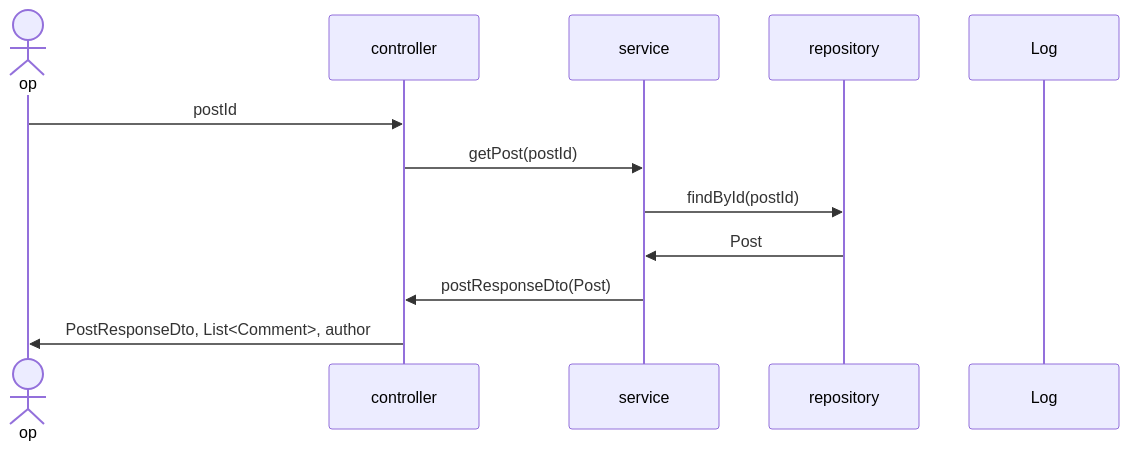
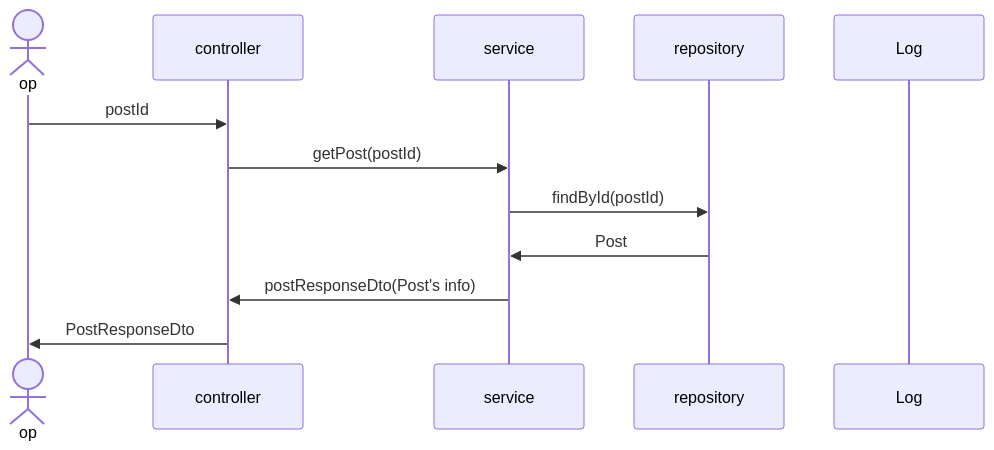
Before and after one commit to mtak0235/snsX: diagram 25 of 28 in sequence.md, drawn with Mermaid.

Commit message:
update showPostForm sequence diagram

````diff
--- a/sequence.md
+++ b/sequence.md
@@ -524,15 +524,15 @@
 ```mermaid
 sequenceDiagram
 actor op
 participant c as controller
 participant s as service
 participant r as repository
 participant l as Log
 
 op->>c: postId
 c->>s: getPost(postId)
 s->>r: findById(postId)
 r->>s: Post
-s->>c: postResponseDto(Post)
-c->>op: PostResponseDto, List<Comment>, author
+s->>c: postResponseDto(Post's info)
+c->>op: PostResponseDto
 ```
````
